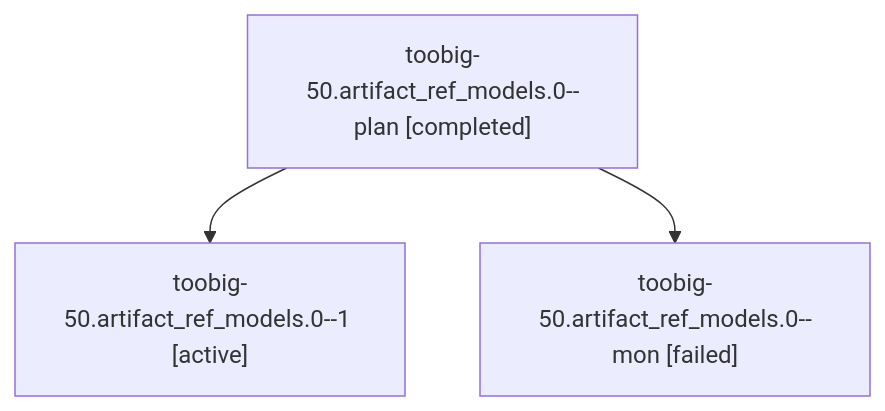
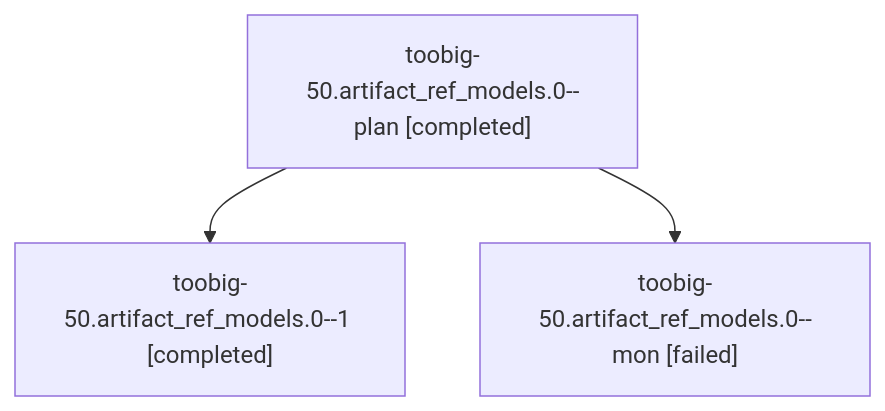
One commit to sase-org/sase--agents changed the diagram in families/bbugyi200.athena.toobig-50.artifact_ref_models.0.md. Above: the diagram before and after it, drawn with Mermaid. The commit also changed other lines of this file and 23 other files, not shown here.

````diff
--- a/families/bbugyi200.athena.toobig-50.artifact_ref_models.0.md
+++ b/families/bbugyi200.athena.toobig-50.artifact_ref_models.0.md
@@ -9,8 +9,8 @@
 ```mermaid
 flowchart TD
   n0["toobig-50.artifact_ref_models.0--plan [completed]"]
-  n1["toobig-50.artifact_ref_models.0--1 [active]"]
+  n1["toobig-50.artifact_ref_models.0--1 [completed]"]
   n0 --> n1
   n2["toobig-50.artifact_ref_models.0--mon [failed]"]
   n0 --> n2
 ```
````
